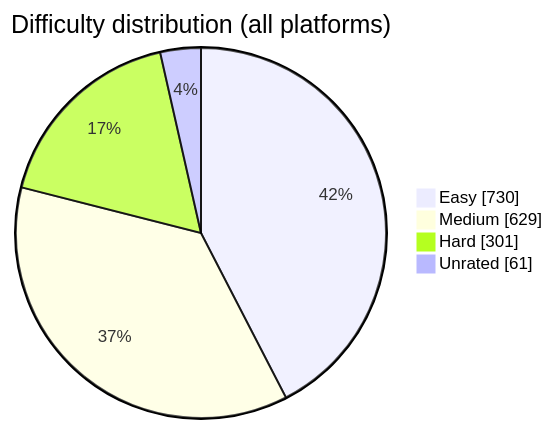
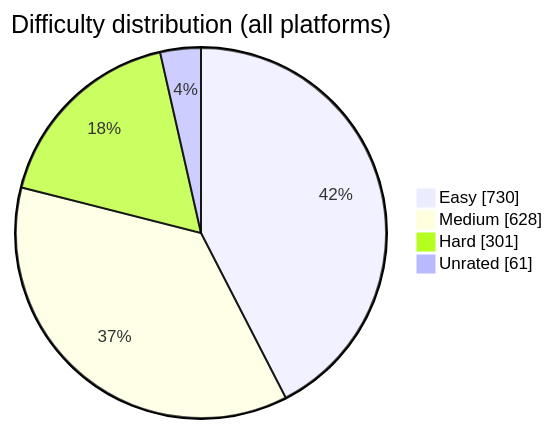
One commit to BuildbyArindam/Daily-Coding-Log changed the diagram in README.md. Above: the diagram before and after it, drawn with Mermaid. The commit also changed other lines of this file, not shown here.

````diff
--- a/README.md
+++ b/README.md
@@ -93,7 +93,7 @@
 ```mermaid
 pie showData title Difficulty distribution (all platforms)
     "Easy" : 730
-    "Medium" : 629
+    "Medium" : 628
     "Hard" : 301
     "Unrated" : 61
 ```
````
